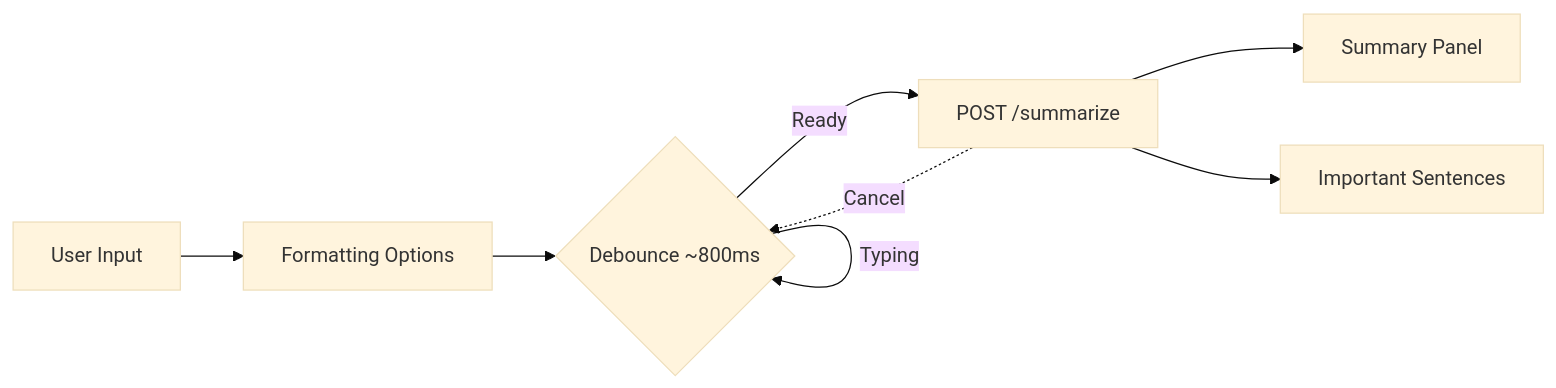
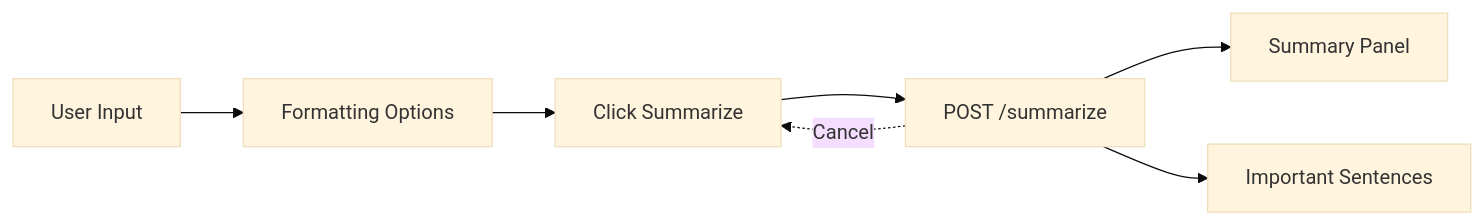
The diagram in README.md (tieson9/ai-text-summarizer-frontend), drawn with Mermaid (base theme) before and after one commit. The commit also changed other lines of this file and 3 other files, not shown here.

````diff
--- a/README.md
+++ b/README.md
@@ -40,10 +40,9 @@
 ```mermaid
 flowchart LR
   A[User Input] --> B[Formatting Options]
-  B --> C{Debounce ~800ms}
-  C -->|Ready| D[POST /summarize]
+  B --> C[Click Summarize]
+  C --> D[POST /summarize]
   D --> E[Summary Panel]
   D --> F[Important Sentences]
-  C -->|Typing| C
   D -.Cancel.-> C
 ```
````
